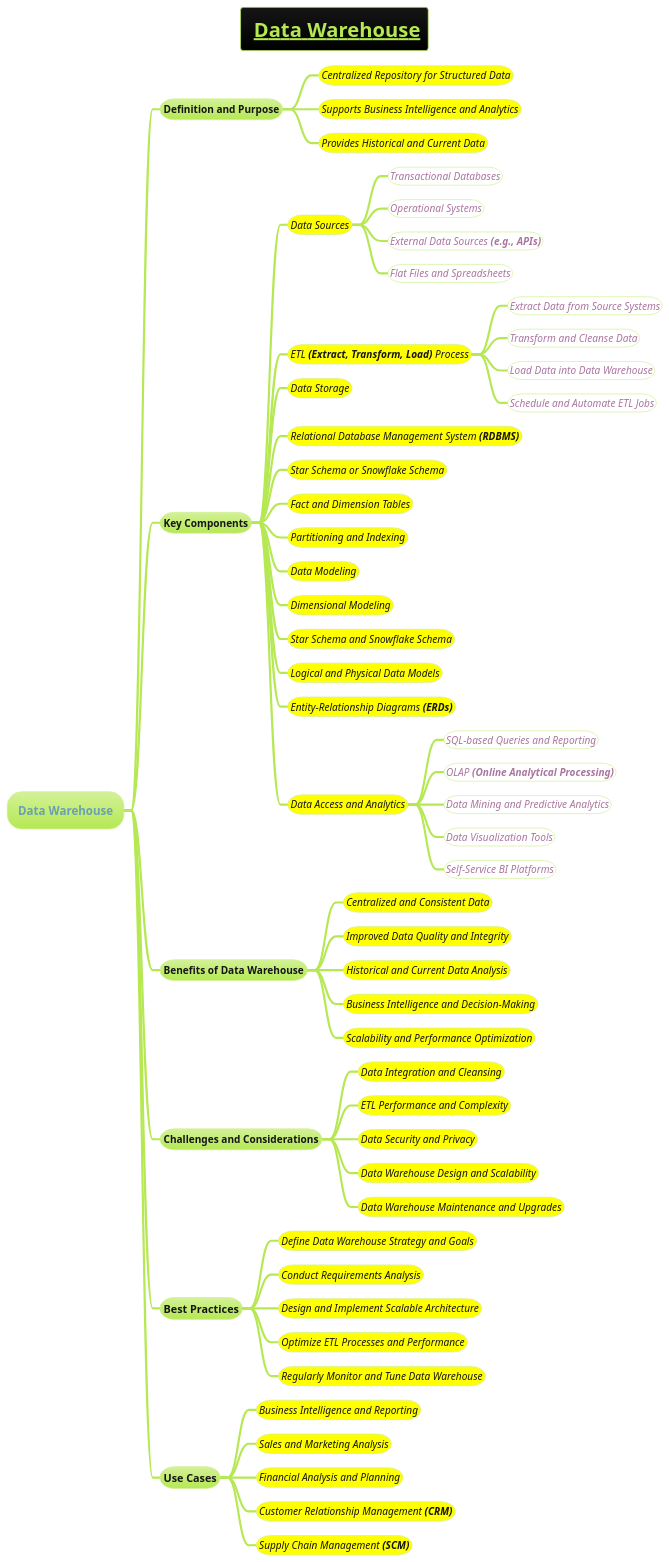
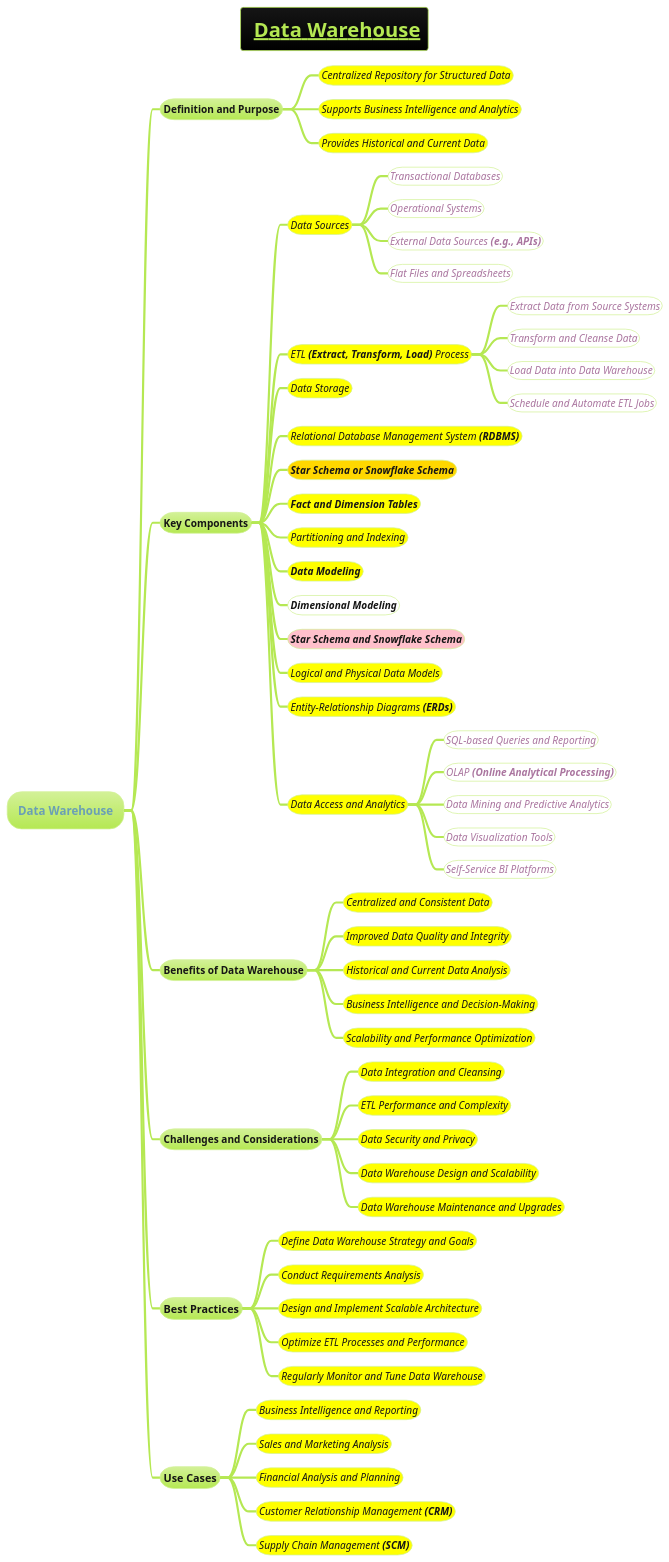
One commit to MehmoodHashmi/Documentation-as-Code-DaC changed the diagram in docs/AI-ML- DL-Data-Science-and-BigData/data-science/data-engineering/data-storage-and-management/Data-Warehouse.puml. Above: the diagram before and after it, drawn with PlantUML. The commit also changed 4 other files, not shown here.

```diff
--- a/docs/AI-ML- DL-Data-Science-and-BigData/data-science/data-engineering/data-storage-and-management/Data-Warehouse.puml
+++ b/docs/AI-ML- DL-Data-Science-and-BigData/data-science/data-engineering/data-storage-and-management/Data-Warehouse.puml
@@ -1,82 +1,82 @@
 @startmindmap
 skinparam node {
     BorderColor DarkSlateGray
     BackgroundColor LightCyan
     FontStyle italic
 }
 skinparam connector {
     Color DarkSlateGray
     FontStyle Bold
 }
 
 !theme hacker
 
 title =__ Data Warehouse__
 * Data Warehouse
 
 ** Definition and Purpose
 ***[#yellow] ====<size:14>Centralized Repository for Structured Data
 ***[#yellow] ====<size:14>Supports Business Intelligence and Analytics
 ***[#yellow] ====<size:14>Provides Historical and Current Data
 
 ** **Key Components**
 ***[#yellow] ====<size:14>Data Sources
 ****[#white] ====<size:14>Transactional Databases
 ****[#white] ====<size:14>Operational Systems
 ****[#white] ====<size:14>External Data Sources **(e.g., APIs)**
 ****[#white] ====<size:14>Flat Files and Spreadsheets
 
 ***[#yellow] ====<size:14>ETL **(Extract, Transform, Load)** Process
 ****[#white] ====<size:14>Extract Data from Source Systems
 ****[#white] ====<size:14>Transform and Cleanse Data
 ****[#white] ====<size:14>Load Data into Data Warehouse
 ****[#white] ====<size:14>Schedule and Automate ETL Jobs
 
 ***[#yellow] ====<size:14>Data Storage
 ***[#yellow] ====<size:14>Relational Database Management System **(RDBMS)**
-***[#yellow] ====<size:14>Star Schema or Snowflake Schema
-***[#yellow] ====<size:14>Fact and Dimension Tables
+***[#gold] ====<size:14>**Star Schema or Snowflake Schema**
+***[#yellow] ====<size:14>**Fact and Dimension Tables**
 ***[#yellow] ====<size:14>Partitioning and Indexing
 
-***[#yellow] ====<size:14>Data Modeling
-***[#yellow] ====<size:14>Dimensional Modeling
-***[#yellow] ====<size:14>Star Schema and Snowflake Schema
+***[#yellow] ====<size:14>**Data Modeling**
+***[#white] ====<size:14>**Dimensional Modeling**
+***[#pink] ====<size:14>**Star Schema and Snowflake Schema**
 ***[#yellow] ====<size:14>Logical and Physical Data Models
 ***[#yellow] ====<size:14>Entity-Relationship Diagrams **(ERDs)**
 
 ***[#yellow] ====<size:14>Data Access and Analytics
 ****[#white] ====<size:14>SQL-based Queries and Reporting
 ****[#white] ====<size:14>OLAP **(Online Analytical Processing)**
 ****[#white] ====<size:14>Data Mining and Predictive Analytics
 ****[#white] ====<size:14>Data Visualization Tools
 ****[#white] ====<size:14>Self-Service BI Platforms
 
 ** Benefits of Data Warehouse
 ***[#yellow] ====<size:14>Centralized and Consistent Data
 ***[#yellow] ====<size:14>Improved Data Quality and Integrity
 ***[#yellow] ====<size:14>Historical and Current Data Analysis
 ***[#yellow] ====<size:14>Business Intelligence and Decision-Making
 ***[#yellow] ====<size:14>Scalability and Performance Optimization
 
 ** Challenges and Considerations
 ***[#yellow] ====<size:14>Data Integration and Cleansing
 ***[#yellow] ====<size:14>ETL Performance and Complexity
 ***[#yellow] ====<size:14>Data Security and Privacy
 ***[#yellow] ====<size:14>Data Warehouse Design and Scalability
 ***[#yellow] ====<size:14>Data Warehouse Maintenance and Upgrades
 
 ** ===Best Practices
 ***[#yellow] ====<size:14>Define Data Warehouse Strategy and Goals
 ***[#yellow] ====<size:14>Conduct Requirements Analysis
 ***[#yellow] ====<size:14>Design and Implement Scalable Architecture
 ***[#yellow] ====<size:14>Optimize ETL Processes and Performance
 ***[#yellow] ====<size:14>Regularly Monitor and Tune Data Warehouse
 
 ** ===Use Cases
 ***[#yellow] ====<size:14>Business Intelligence and Reporting
 ***[#yellow] ====<size:14>Sales and Marketing Analysis
 ***[#yellow] ====<size:14>Financial Analysis and Planning
 ***[#yellow] ====<size:14>Customer Relationship Management **(CRM)**
 ***[#yellow] ====<size:14>Supply Chain Management **(SCM)**
 
 @endmindmap
```
